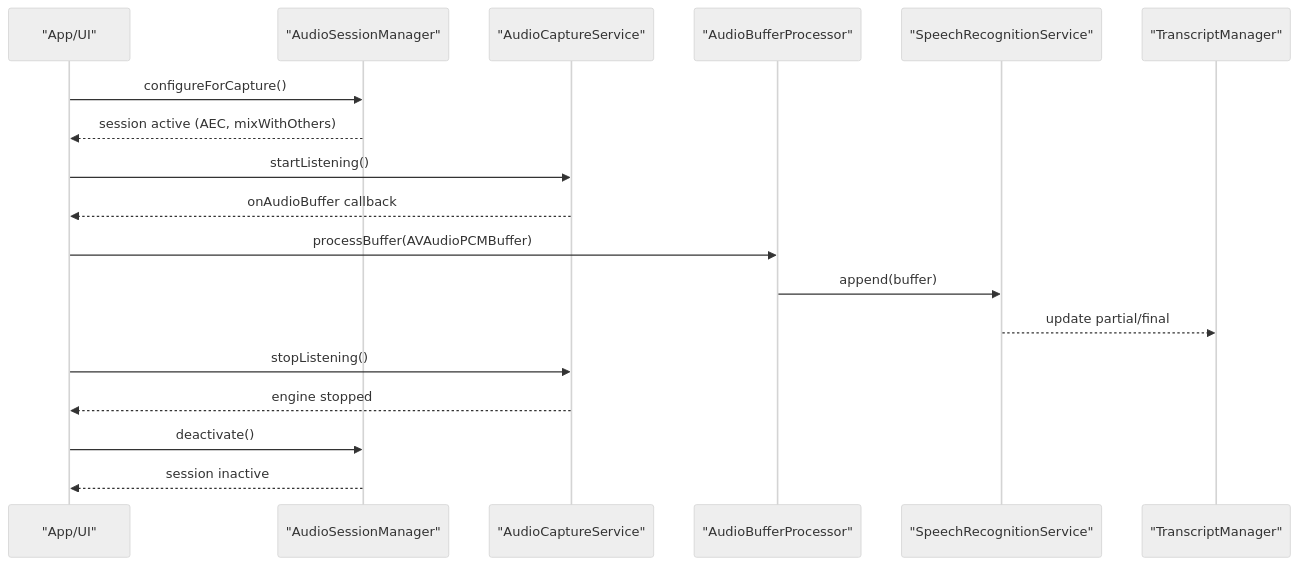
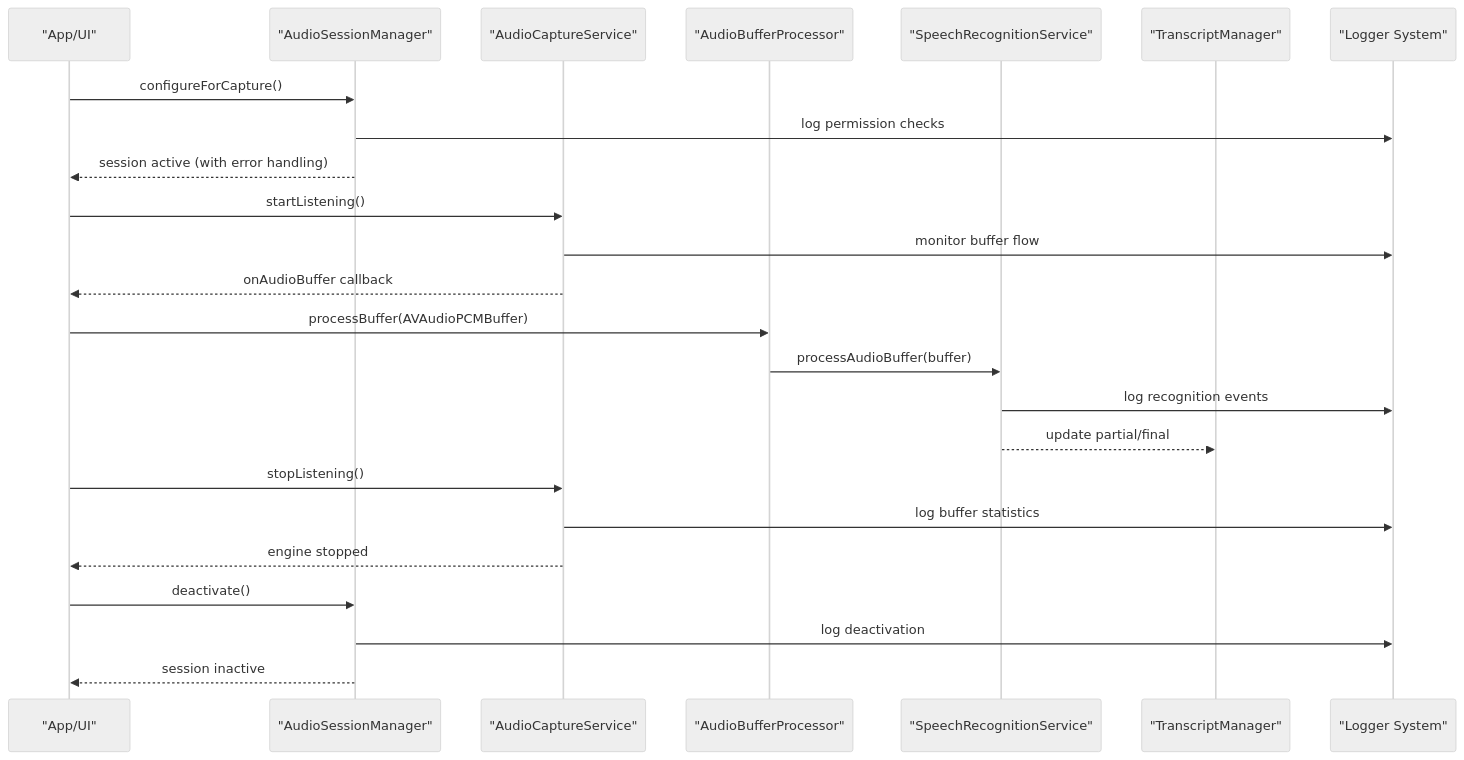
Before and after one commit to alexandreybasta-cyber/factshield-ios: the second of 6 diagrams in .qoder/repowiki/en/content/Core Services/Audio Processing.md, drawn with Mermaid (neutral theme). The commit also changed other lines of this file and 97 other files, not shown here.

````diff
--- a/.qoder/repowiki/en/content/Core Services/Audio Processing.md
+++ b/.qoder/repowiki/en/content/Core Services/Audio Processing.md
@@ -117,20 +120,26 @@
 ```mermaid
 sequenceDiagram
 participant App as "App/UI"
 participant Session as "AudioSessionManager"
 participant Capture as "AudioCaptureService"
 participant Buffer as "AudioBufferProcessor"
 participant Speech as "SpeechRecognitionService"
 participant Transcripts as "TranscriptManager"
+participant Logger as "Logger System"
 App->>Session : configureForCapture()
-Session-->>App : session active (AEC, mixWithOthers)
+Session->>Logger : log permission checks
+Session-->>App : session active (with error handling)
 App->>Capture : startListening()
+Capture->>Logger : monitor buffer flow
 Capture-->>App : onAudioBuffer callback
 App->>Buffer : processBuffer(AVAudioPCMBuffer)
-Buffer->>Speech : append(buffer)
+Buffer->>Speech : processAudioBuffer(buffer)
+Speech->>Logger : log recognition events
 Speech-->>Transcripts : update partial/final
 App->>Capture : stopListening()
+Capture->>Logger : log buffer statistics
 Capture-->>App : engine stopped
 App->>Session : deactivate()
+Session->>Logger : log deactivation
 Session-->>App : session inactive
 ```
````
